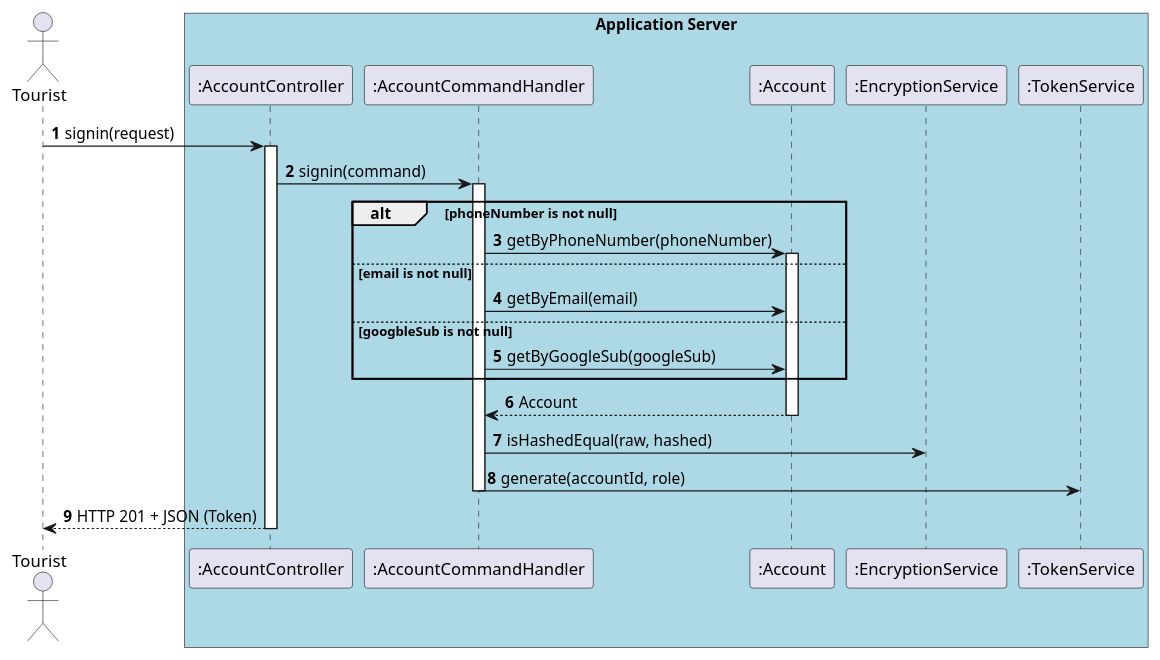
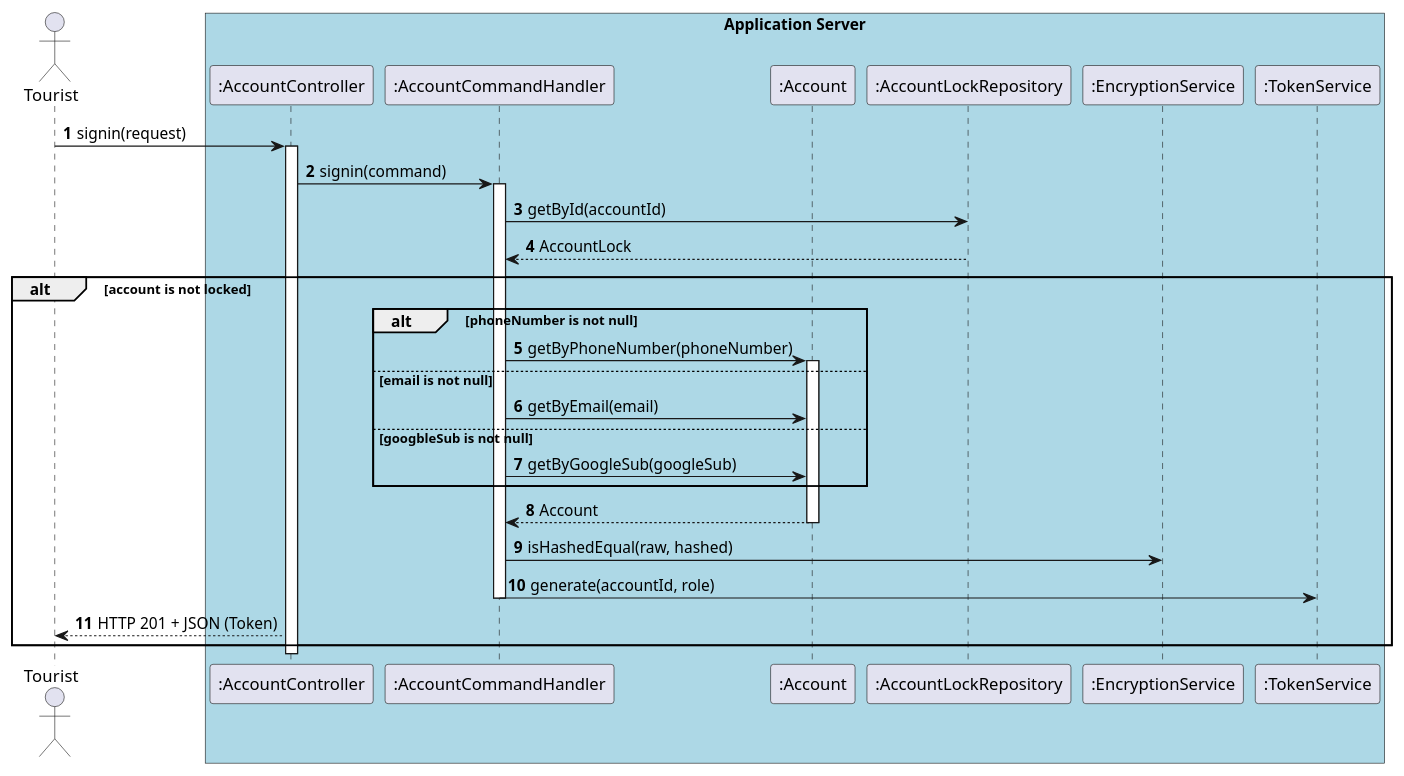
One commit to Greate-Seagull/tourism-promoting-and-tour-booking-website changed the diagram in src/services/tourism-article-management/docs/sequences/identity/sign-in.puml. Above: the diagram before and after it, drawn with PlantUML. The commit also changed 176 other files, not shown here.

```diff
--- a/src/services/tourism-article-management/docs/sequences/identity/sign-in.puml
+++ b/src/services/tourism-article-management/docs/sequences/identity/sign-in.puml
@@ -1,39 +1,46 @@
 @startuml
 
 autonumber
 
 actor "Tourist" as tourist
 box "Application Server" #LightBlue
     participant ":AccountController" as controller
     participant ":AccountCommandHandler" as handler
     participant ":Account" as activeRecord
+    participant ":AccountLockRepository" as lockRepo
     participant ":EncryptionService" as encrypt
     participant ":TokenService" as token
 end box
 
 tourist -> controller : signin(request)
 activate controller
 
 controller -> handler : signin(command)
 activate handler
 
+handler -> lockRepo : getById(accountId)
+lockRepo --> handler : AccountLock
+
+alt account is not locked
 alt phoneNumber is not null
 handler -> activeRecord : getByPhoneNumber(phoneNumber)
 activate activeRecord
 else email is not null
 handler -> activeRecord : getByEmail(email)
 else googbleSub is not null
 handler -> activeRecord : getByGoogleSub(googleSub)
 end
 handler <-- activeRecord : Account
 deactivate activeRecord
 
 handler -> encrypt : isHashedEqual(raw, hashed)
 handler -> token : generate(accountId, role)
 
 deactivate handler
 
 controller --> tourist : HTTP 201 + JSON (Token)
+
+end
 deactivate controller
 
 @enduml
```
